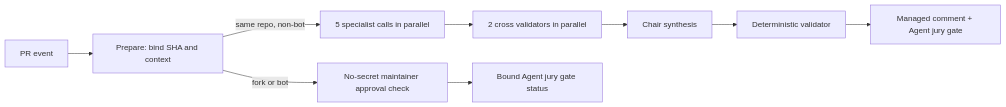
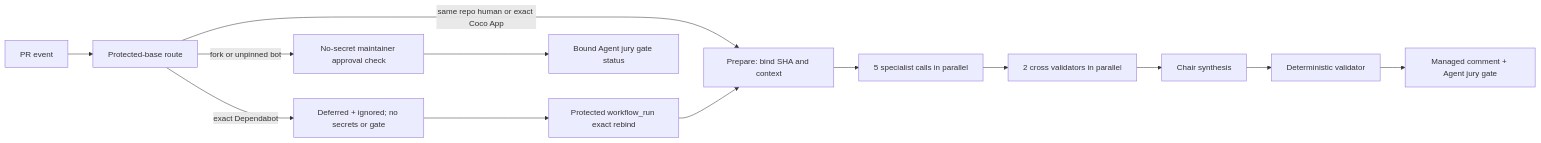
Before and after one commit to patton174/coco-framework: the diagram in coco-support/coco-document/superpowers/specs/2026-07-10-multi-agent-review-jury.md, drawn with Mermaid. The commit also changed other lines of this file and 9 other files, not shown here.

Commit message:
ci: defer Dependabot review to protected jury

````diff
--- a/coco-support/coco-document/superpowers/specs/2026-07-10-multi-agent-review-jury.md
+++ b/coco-support/coco-document/superpowers/specs/2026-07-10-multi-agent-review-jury.md
@@ -82,11 +99,15 @@
 ```mermaid
 flowchart LR
-    E["PR event"] --> P["Prepare: bind SHA and context"]
-    P -->|"same repo, non-bot"| S["5 specialist calls in parallel"]
+    E["PR event"] --> R["Protected-base route"]
+    R -->|"same repo human or exact Coco App"| P["Prepare: bind SHA and context"]
+    R -->|"exact Dependabot"| I["Deferred + ignored; no secrets or gate"]
+    I --> W["Protected workflow_run exact rebind"]
+    W --> P
+    P --> S["5 specialist calls in parallel"]
     S --> V["2 cross validators in parallel"]
     V --> C["Chair synthesis"]
     C --> D["Deterministic validator"]
     D --> O["Managed comment + Agent jury gate"]
-    P -->|"fork or bot"| H["No-secret maintainer approval check"]
+    R -->|"fork or unpinned bot"| H["No-secret maintainer approval check"]
     H --> G["Bound Agent jury gate status"]
 ```
````
